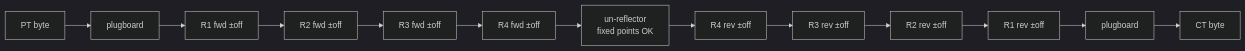
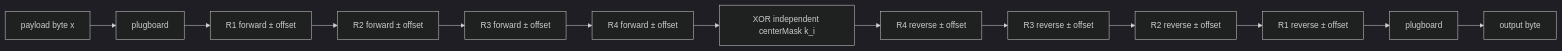
One commit to Digital-Defiance/HELUT changed the second of 5 diagrams in Enigma256.md. Above: the diagram before and after it, drawn with Mermaid (dark theme). The commit also changed other lines of this file and 1219 other files, not shown here.

````diff
--- a/Enigma256.md
+++ b/Enigma256.md
@@ -43,15 +64,15 @@
 ```mermaid
 flowchart LR
-  PT["PT byte"] --> PB1["plugboard"]
-  PB1 --> R1F["R1 fwd ±off"]
-  R1F --> R2F["R2 fwd ±off"]
-  R2F --> R3F["R3 fwd ±off"]
-  R3F --> R4F["R4 fwd ±off"]
-  R4F --> REF["un-reflector<br/>fixed points OK"]
-  REF --> R4R["R4 rev ±off"]
-  R4R --> R3R["R3 rev ±off"]
-  R3R --> R2R["R2 rev ±off"]
-  R2R --> R1R["R1 rev ±off"]
+  PT["payload byte x"] --> PB1["plugboard"]
+  PB1 --> R1F["R1 forward ± offset"]
+  R1F --> R2F["R2 forward ± offset"]
+  R2F --> R3F["R3 forward ± offset"]
+  R3F --> R4F["R4 forward ± offset"]
+  R4F --> XOR["XOR independent centerMask k_i"]
+  XOR --> R4R["R4 reverse ± offset"]
+  R4R --> R3R["R3 reverse ± offset"]
+  R3R --> R2R["R2 reverse ± offset"]
+  R2R --> R1R["R1 reverse ± offset"]
   R1R --> PB2["plugboard"]
-  PB2 --> CT["CT byte"]
+  PB2 --> CT["output byte"]
 ```
````
